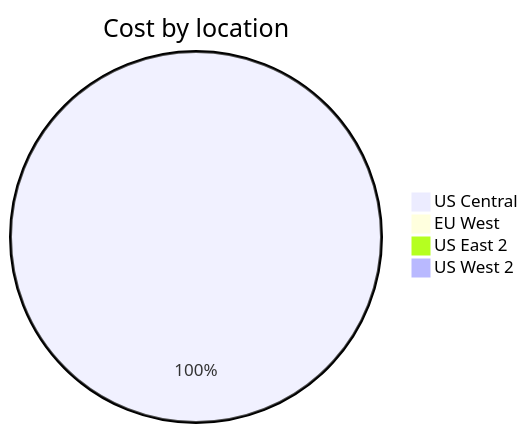
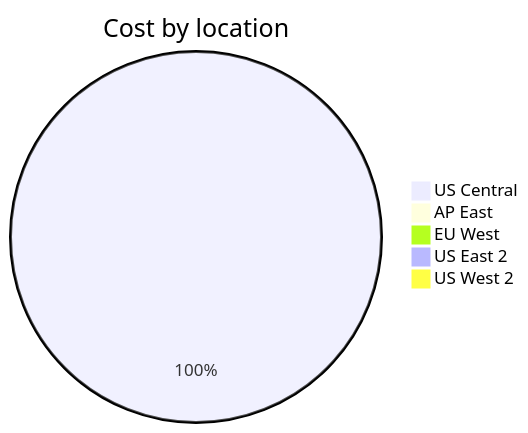
The third of 4 diagrams in cost-reports/personal-site/personal-site-preview.md (jpfulton/azure-personal-reports), drawn with Mermaid before and after one commit. The commit also changed other lines of this file and 7 other files, not shown here.

````diff
--- a/cost-reports/personal-site/personal-site-preview.md
+++ b/cost-reports/personal-site/personal-site-preview.md
@@ -110,8 +111,9 @@
 ```mermaid
 pie
    title Cost by location
-   "US Central" : 6.47
+   "US Central" : 6.77
+   "AP East" : 0.00
    "EU West" : 0.00
    "US East 2" : 0.00
    "US West 2" : 0.00
 ```
````
